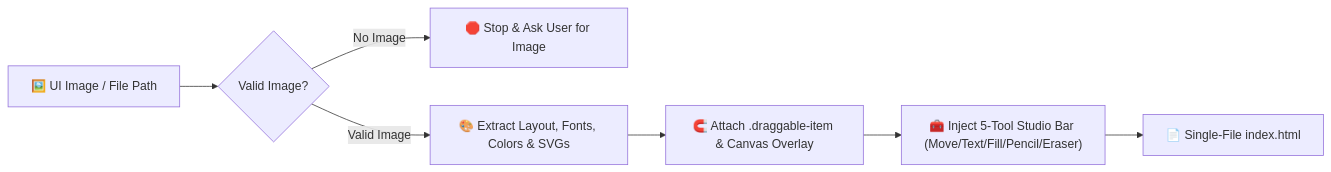
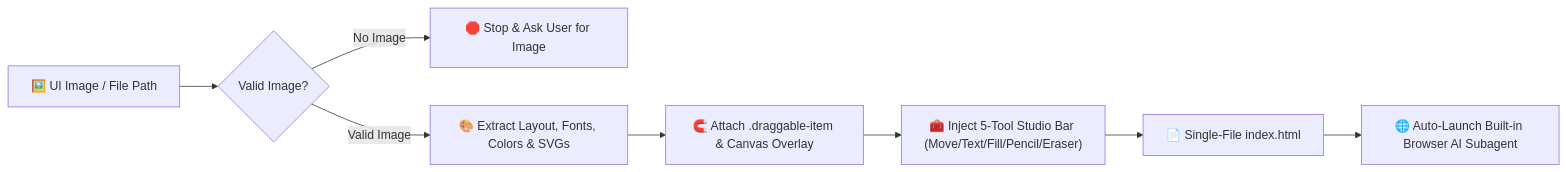
Before and after one commit to Dparamet/image-to-interactive-html: the diagram in README.md, drawn with Mermaid. The commit also changed other lines of this file and 2 other files, not shown here.

Commit message:
feat: auto-launch built-in Browser AI subagent preview after generating HTML

````diff
--- a/README.md
+++ b/README.md
@@ -43,9 +44,10 @@
 ```mermaid
 flowchart LR
     Input["🖼️ UI Image / File Path"] --> Guardrail{"Valid Image?"}
     Guardrail -- "No Image" --> Stop["🛑 Stop & Ask User for Image"]
     Guardrail -- "Valid Image" --> Extract["🎨 Extract Layout, Fonts, Colors & SVGs"]
     Extract --> Wire["🧲 Attach .draggable-item & Canvas Overlay"]
     Wire --> Toolbar["🧰 Inject 5-Tool Studio Bar (Move/Text/Fill/Pencil/Eraser)"]
     Toolbar --> Output["📄 Single-File index.html"]
+    Output --> BrowserAI["🌐 Auto-Launch Built-in Browser AI Subagent"]
 ```
````
